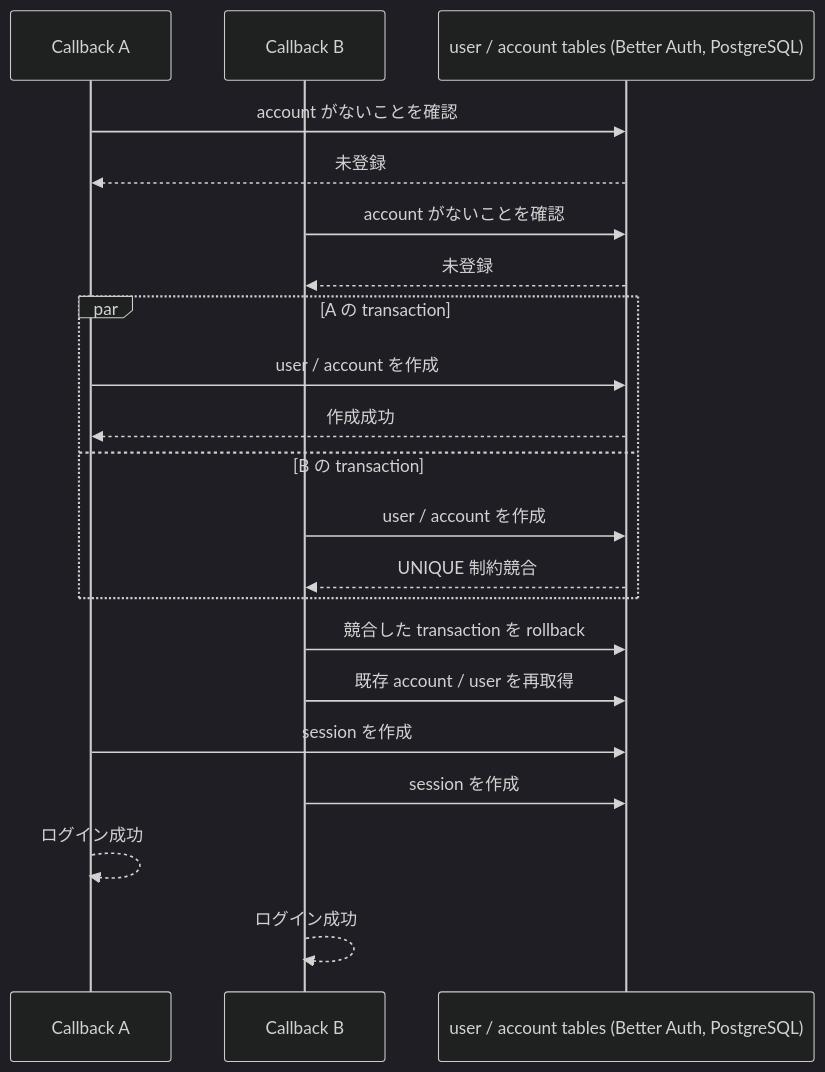
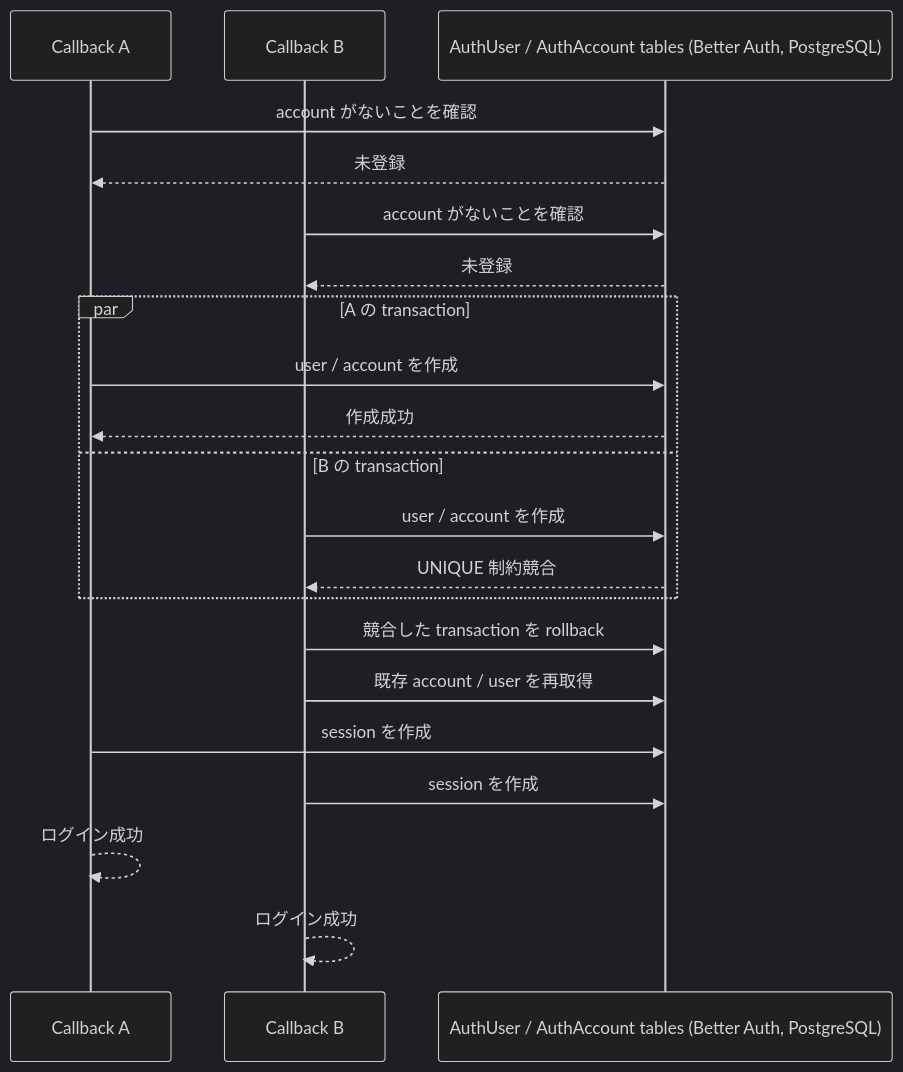
One commit to HirokaMitsunaga/auth-test changed the third of 3 diagrams in backend/src/auth/docs/better-auth.md. Above: the diagram before and after it, drawn with Mermaid (dark theme). The commit also changed other lines of this file and 9 other files, not shown here.

Commit message:
Implement Better Auth integration with new authentication models and update docker-compose configuration

````diff
--- a/backend/src/auth/docs/better-auth.md
+++ b/backend/src/auth/docs/better-auth.md
@@ -773,26 +826,26 @@
 ```mermaid
 sequenceDiagram
     participant A as Callback A
     participant B as Callback B
-    participant D as user / account tables (Better Auth, PostgreSQL)
+    participant D as AuthUser / AuthAccount tables (Better Auth, PostgreSQL)
 
     A->>D: account がないことを確認
     D-->>A: 未登録
     B->>D: account がないことを確認
     D-->>B: 未登録
 
     par A の transaction
         A->>D: user / account を作成
         D-->>A: 作成成功
     and B の transaction
         B->>D: user / account を作成
         D-->>B: UNIQUE 制約競合
     end
 
     B->>D: 競合した transaction を rollback
     B->>D: 既存 account / user を再取得
     A->>D: session を作成
     B->>D: session を作成
     A-->>A: ログイン成功
     B-->>B: ログイン成功
 ```
````
